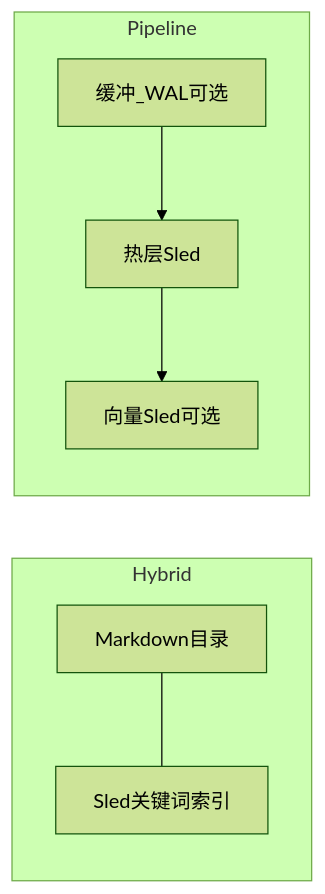
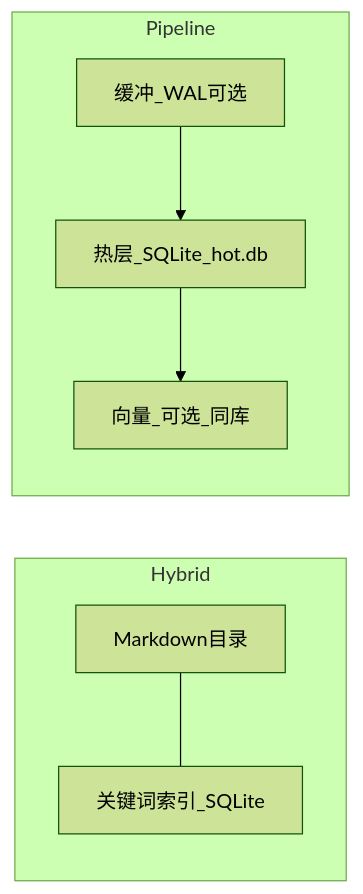
Before and after one commit to qingshan-opc/anycode: the diagram in docs/user/zh/guide/memory.md, drawn with Mermaid (forest theme). The commit also changed other lines of this file and 1 other file, not shown here.

Commit message:
docs(memory): sled -> sqlite paths and one-time migration note (DATA-02)

````diff
--- a/docs/user/zh/guide/memory.md
+++ b/docs/user/zh/guide/memory.md
@@ -35,14 +35,14 @@
 ```mermaid
 flowchart LR
   subgraph hybrid [Hybrid]
     md[Markdown目录]
-    sled_kw[Sled关键词索引]
-    md --- sled_kw
+    kw[关键词索引_SQLite]
+    md --- kw
   end
   subgraph pipeline [Pipeline]
     buf[缓冲_WAL可选]
-    hot[热层Sled]
-    vec[向量Sled可选]
+    hot[热层_SQLite_hot.db]
+    vec[向量_可选_同库]
     buf --> hot --> vec
   end
 ```
````
